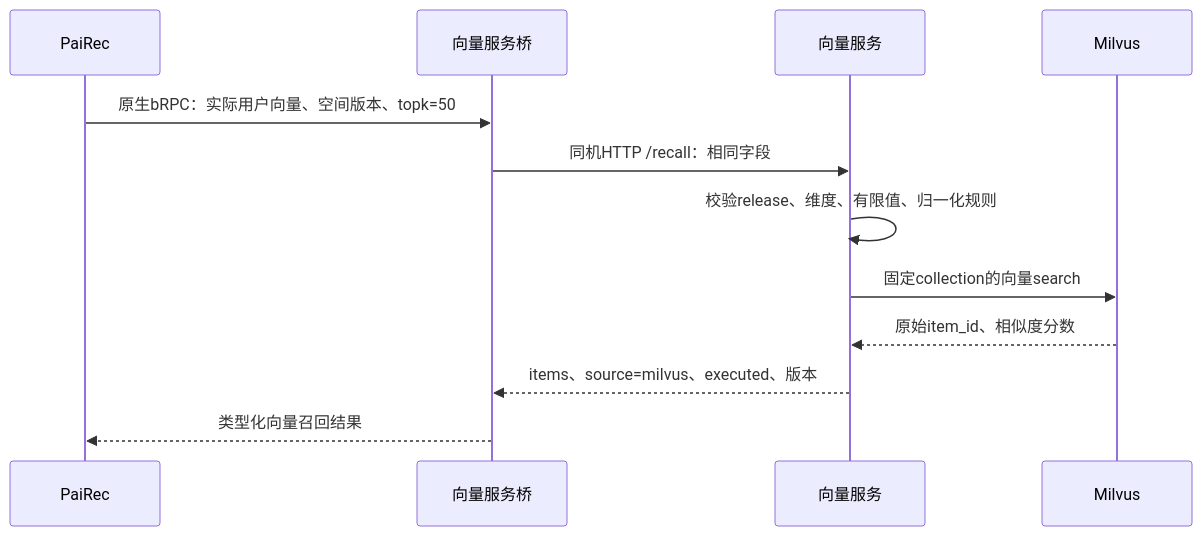
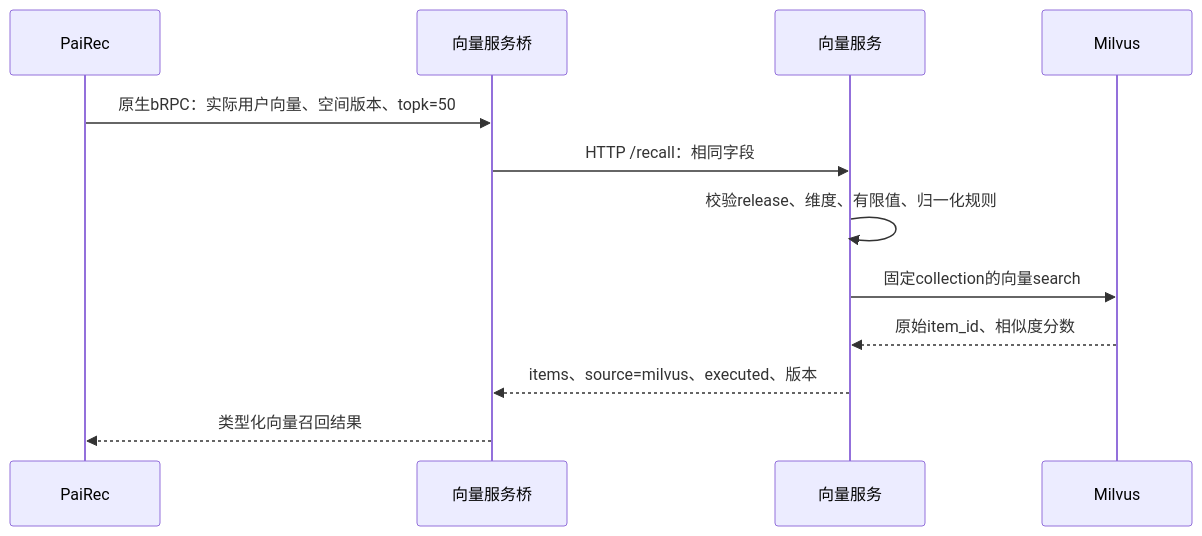
Before and after one commit to bitianyuan123/docs: the diagram in diagrams/07_other_services_03.mmd, drawn with Mermaid. The commit also changed 85 other files, not shown here.

```diff
--- a/diagrams/07_other_services_03.mmd
+++ b/diagrams/07_other_services_03.mmd
@@ -1,12 +1,12 @@
 sequenceDiagram
     participant P as PaiRec
     participant B as 向量服务桥
     participant V as 向量服务
     participant M as Milvus
     P->>B: 原生bRPC：实际用户向量、空间版本、topk=50
-    B->>V: 同机HTTP /recall：相同字段
+    B->>V: HTTP /recall：相同字段
     V->>V: 校验release、维度、有限值、归一化规则
     V->>M: 固定collection的向量search
     M-->>V: 原始item_id、相似度分数
     V-->>B: items、source=milvus、executed、版本
     B-->>P: 类型化向量召回结果
```
